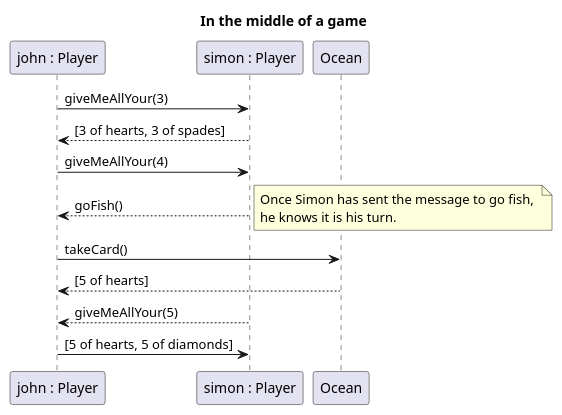
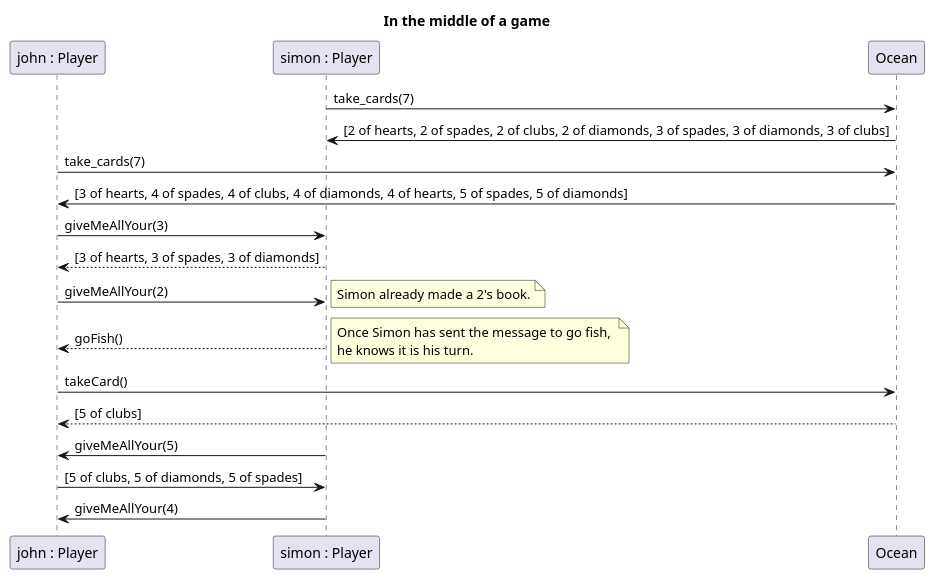
One commit to simonelnahas/go_fish changed the diagram in modeling/mid_game.plantuml. Above: the diagram before and after it, drawn with PlantUML. The commit also changed 2 other files, not shown here.

```diff
--- a/modeling/mid_game.plantuml
+++ b/modeling/mid_game.plantuml
@@ -1,19 +1,27 @@
 @startuml
 
 title In the middle of a game
 
 participant "john : Player" as John
 participant "simon : Player" as Simon
+Simon -> Ocean: take_cards(7)
+Ocean -> Simon: [2 of hearts, 2 of spades, 2 of clubs, 2 of diamonds, 3 of spades, 3 of diamonds, 3 of clubs]
+John -> Ocean: take_cards(7)
+Ocean -> John: [3 of hearts, 4 of spades, 4 of clubs, 4 of diamonds, 4 of hearts, 5 of spades, 5 of diamonds]
 John -> Simon: giveMeAllYour(3)
-Simon --> John: [3 of hearts, 3 of spades]
-John -> Simon: giveMeAllYour(4)
+Simon --> John: [3 of hearts, 3 of spades, 3 of diamonds]
+John -> Simon: giveMeAllYour(2)
+note right 
+    Simon already made a 2's book.
+end note
 Simon --> John: goFish()
 note right 
     Once Simon has sent the message to go fish, 
     he knows it is his turn. 
 end note
 John -> Ocean: takeCard()
-Ocean --> John: [5 of hearts]
-Simon --> John: giveMeAllYour(5)
-John -> Simon: [5 of hearts, 5 of diamonds]
+Ocean --> John: [5 of clubs]
+Simon -> John: giveMeAllYour(5)
+John -> Simon: [5 of clubs, 5 of diamonds, 5 of spades]
+Simon -> John: giveMeAllYour(4)
 @enduml
```
